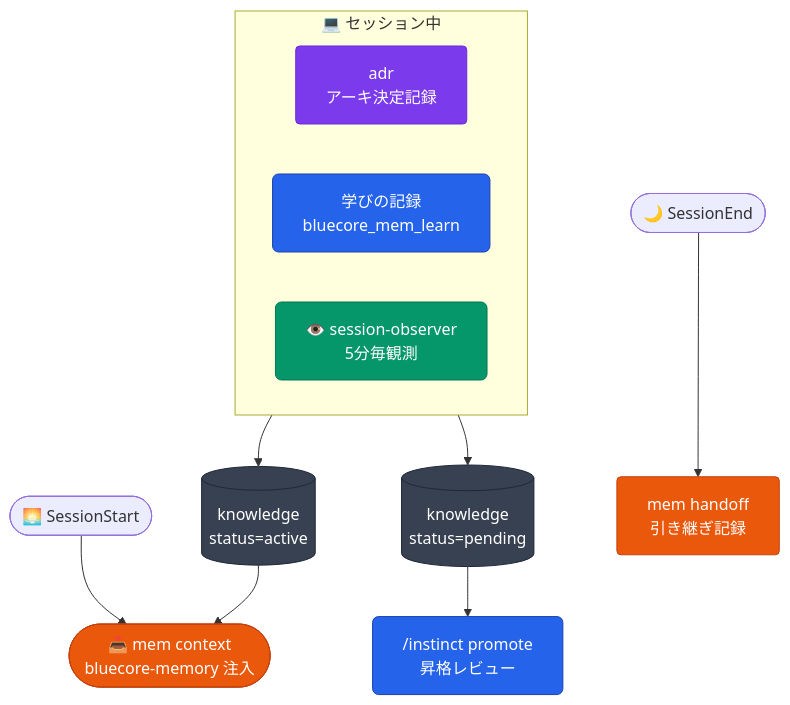
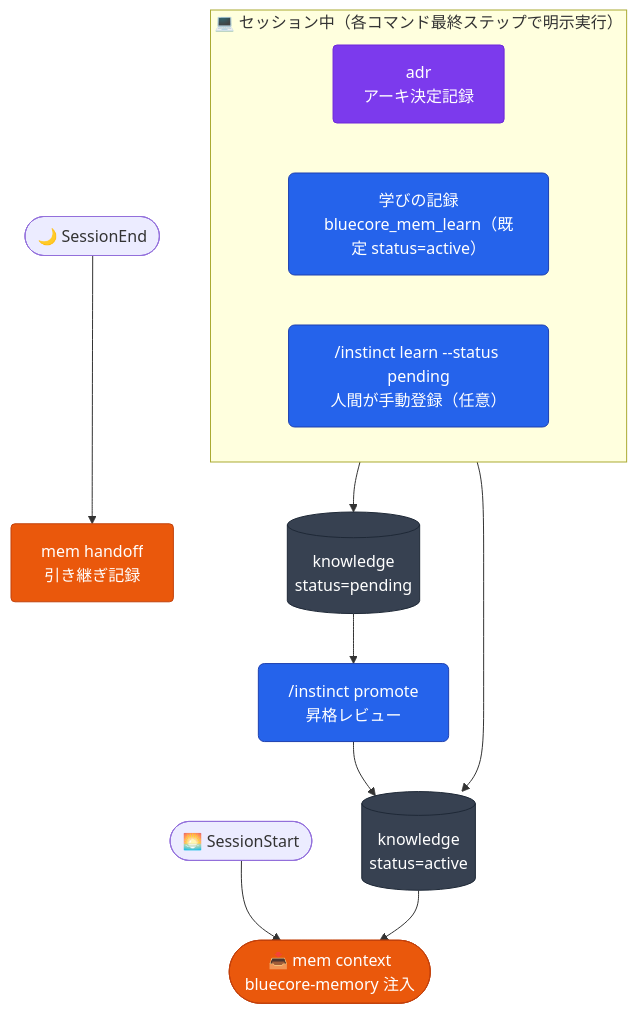
The eighth of 12 diagrams in README.md (aokumablue/claq), drawn with Mermaid before and after one commit. The commit also changed other lines of this file and 2 other files, not shown here.

First line of the commit message:
docs(bluecore): README の在庫ドリフト是正と構造テスト追加

````diff
--- a/README.md
+++ b/README.md
@@ -372,24 +376,24 @@
 ```mermaid
 flowchart TD
   classDef cmd    fill:#2563eb,stroke:#1e40af,color:#fff,rx:6
-  classDef agent  fill:#059669,stroke:#047857,color:#fff,rx:6
   classDef auto   fill:#ea580c,stroke:#c2410c,color:#fff,rx:4
   classDef skill  fill:#7c3aed,stroke:#6d28d9,color:#fff,rx:4
   classDef store  fill:#374151,stroke:#1f2937,color:#fff,rx:4
 
   SS(["🌅 SessionStart"]) --> MC(["📥 mem context<br/>bluecore-memory 注入"]):::auto
 
-  subgraph session["💻 セッション中"]
+  subgraph session["💻 セッション中（各コマンド最終ステップで明示実行）"]
     direction LR
     SAD["adr<br/>アーキ決定記録"]:::skill
-    CW["学びの記録<br/>bluecore_mem_learn"]:::cmd
-    AO["👁️ session-observer<br/>5分毎観測"]:::agent
+    CW["学びの記録<br/>bluecore_mem_learn（既定 status=active）"]:::cmd
+    CA["/instinct learn --status pending<br/>人間が手動登録（任意）"]:::cmd
   end
 
   CW --> KA[("knowledge<br/>status=active")]:::store
   KA --> MC
 
   SE(["🌙 SessionEnd"]) --> SLE["mem handoff<br/>引き継ぎ記録"]:::auto
-  AO --> PK[("knowledge<br/>status=pending")]:::store
+  CA --> PK[("knowledge<br/>status=pending")]:::store
   PK --> CI["/instinct promote<br/>昇格レビュー"]:::cmd
+  CI --> KA
 ```
````
